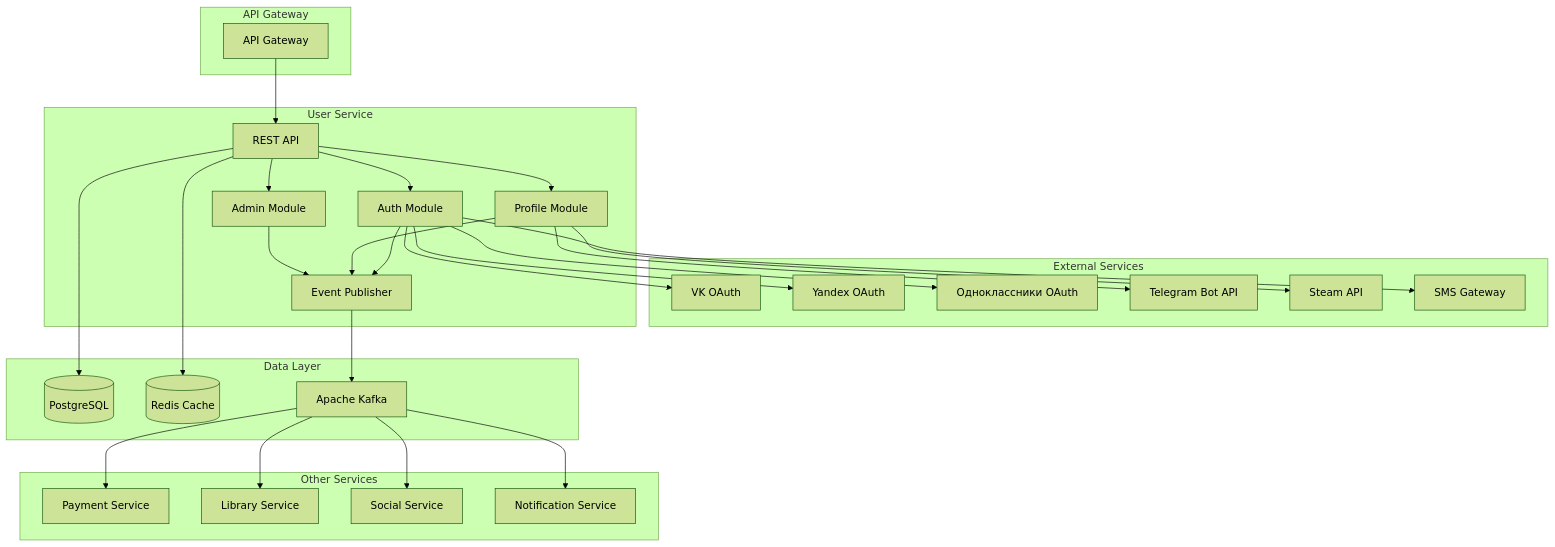
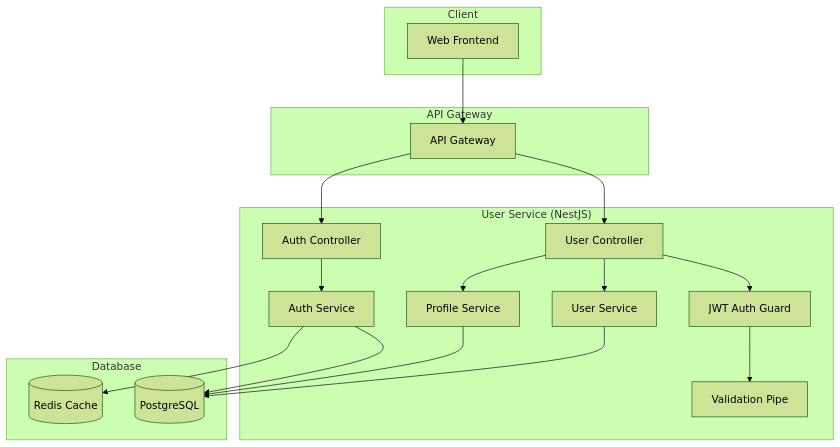
One commit to wizarding-anonymous/cryo changed the diagram in .kiro/specs/user-service/design.md. Above: the diagram before and after it, drawn with Mermaid (forest theme). The commit also changed other lines of this file and 801 other files, not shown here.

````diff
--- a/.kiro/specs/user-service/design.md
+++ b/.kiro/specs/user-service/design.md
@@ -19,60 +13,38 @@
 ```mermaid
 graph TB
-    subgraph "External Services"
-        VK[VK OAuth]
-        Yandex[Yandex OAuth]
-        OK[Одноклассники OAuth]
-        Telegram[Telegram Bot API]
-        Steam[Steam API]
-        SMS[SMS Gateway]
+    subgraph "Client"
+        Web[Web Frontend]
     end
     
     subgraph "API Gateway"
         Gateway[API Gateway]
     end
     
-    subgraph "User Service"
-        API[REST API]
-        Auth[Auth Module]
-        Profile[Profile Module]
-        Admin[Admin Module]
-        Events[Event Publisher]
-        
-        API --> Auth
-        API --> Profile
-        API --> Admin
-        Auth --> Events
-        Profile --> Events
-        Admin --> Events
+    subgraph "User Service (NestJS)"
+        Controller[User Controller]
+        AuthController[Auth Controller]
+        AuthService[Auth Service]
+        UserService[User Service]
+        ProfileService[Profile Service]
+        AuthGuard[JWT Auth Guard]
+        ValidationPipe[Validation Pipe]
     end
     
-    subgraph "Data Layer"
+    subgraph "Database"
         PostgreSQL[(PostgreSQL)]
         Redis[(Redis Cache)]
-        Kafka[Apache Kafka]
     end
     
-    subgraph "Other Services"
-        Payment[Payment Service]
-        Library[Library Service]
-        Social[Social Service]
-        Notification[Notification Service]
-    end
-    
-    Gateway --> API
-    Auth --> VK
-    Auth --> Yandex
-    Auth --> OK
-    Profile --> Telegram
-    Profile --> Steam
-    Auth --> SMS
-    
-    API --> PostgreSQL
-    API --> Redis
-    Events --> Kafka
-    
-    Kafka --> Payment
-    Kafka --> Library
-    Kafka --> Social
-    Kafka --> Notification
+    Web --> Gateway
+    Gateway --> Controller
+    Gateway --> AuthController
+    Controller --> AuthGuard
+    AuthController --> AuthService
+    Controller --> UserService
+    Controller --> ProfileService
+    AuthGuard --> ValidationPipe
+    AuthService --> PostgreSQL
+    AuthService --> Redis
+    UserService --> PostgreSQL
+    ProfileService --> PostgreSQL
 ```
````
